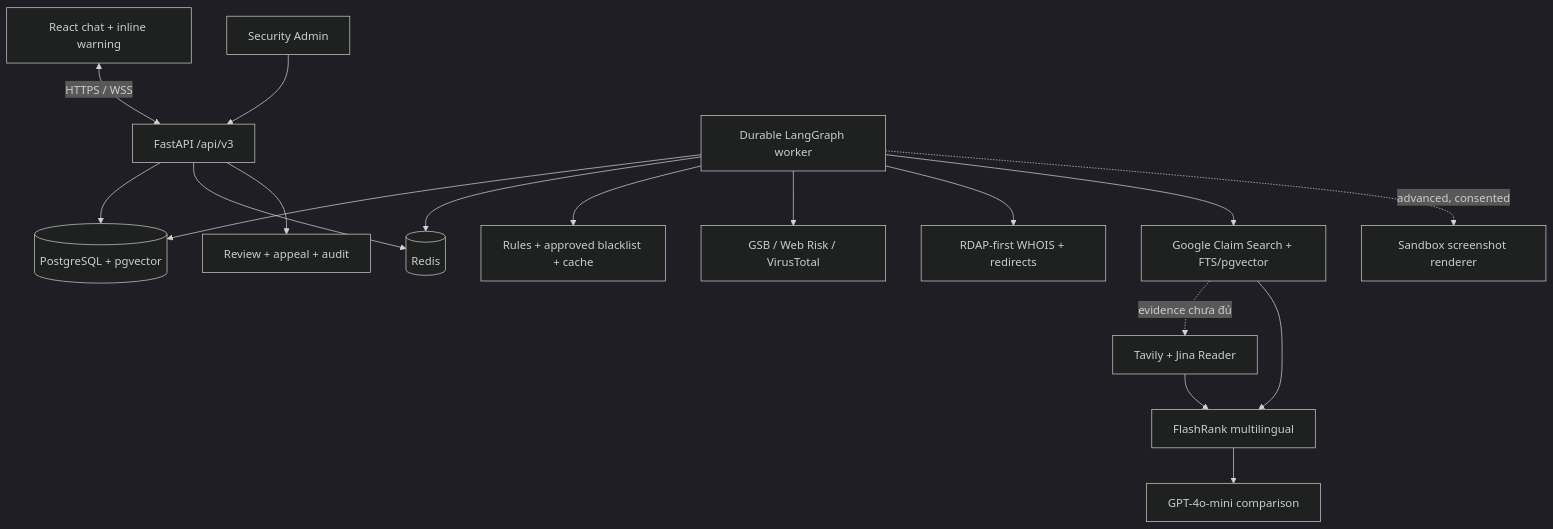
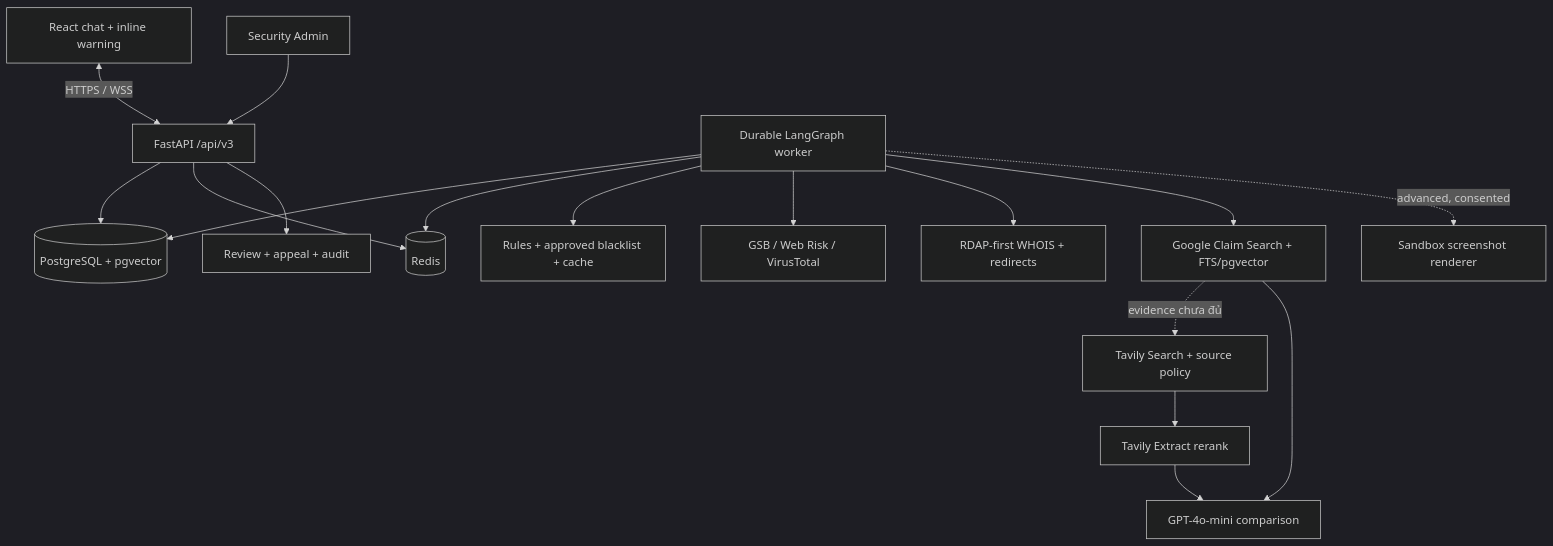
One commit to Binhdn04/TrustGuard-AI changed the second of 2 diagrams in ARCHITECTURE.md. Above: the diagram before and after it, drawn with Mermaid (dark theme). The commit also changed other lines of this file and 48 other files, not shown here.

````diff
--- a/ARCHITECTURE.md
+++ b/ARCHITECTURE.md
@@ -31,19 +31,19 @@
 ```mermaid
 flowchart TB
     Chat[React chat + inline warning] <-->|HTTPS / WSS| API[FastAPI /api/v3]
     API --> DB[(PostgreSQL + pgvector)]
     API --> Redis[(Redis)]
     Worker[Durable LangGraph worker] --> DB
     Worker --> Redis
     Worker --> Rules[Rules + approved blacklist + cache]
     Worker --> Reputation[GSB / Web Risk / VirusTotal]
     Worker --> Domain[RDAP-first WHOIS + redirects]
     Worker --> Facts[Google Claim Search + FTS/pgvector]
-    Facts -. evidence chưa đủ .-> Web[Tavily + Jina Reader]
-    Facts --> Rank[FlashRank multilingual]
-    Web --> Rank
-    Rank --> LLM[GPT-4o-mini comparison]
+    Facts -. evidence chưa đủ .-> Web[Tavily Search + source policy]
+    Web --> Extract[Tavily Extract rerank]
+    Facts --> LLM[GPT-4o-mini comparison]
+    Extract --> LLM
     Worker -. advanced, consented .-> Shot[Sandbox screenshot renderer]
     Admin[Security Admin] --> API
     API --> Audit[Review + appeal + audit]
 ```
````
